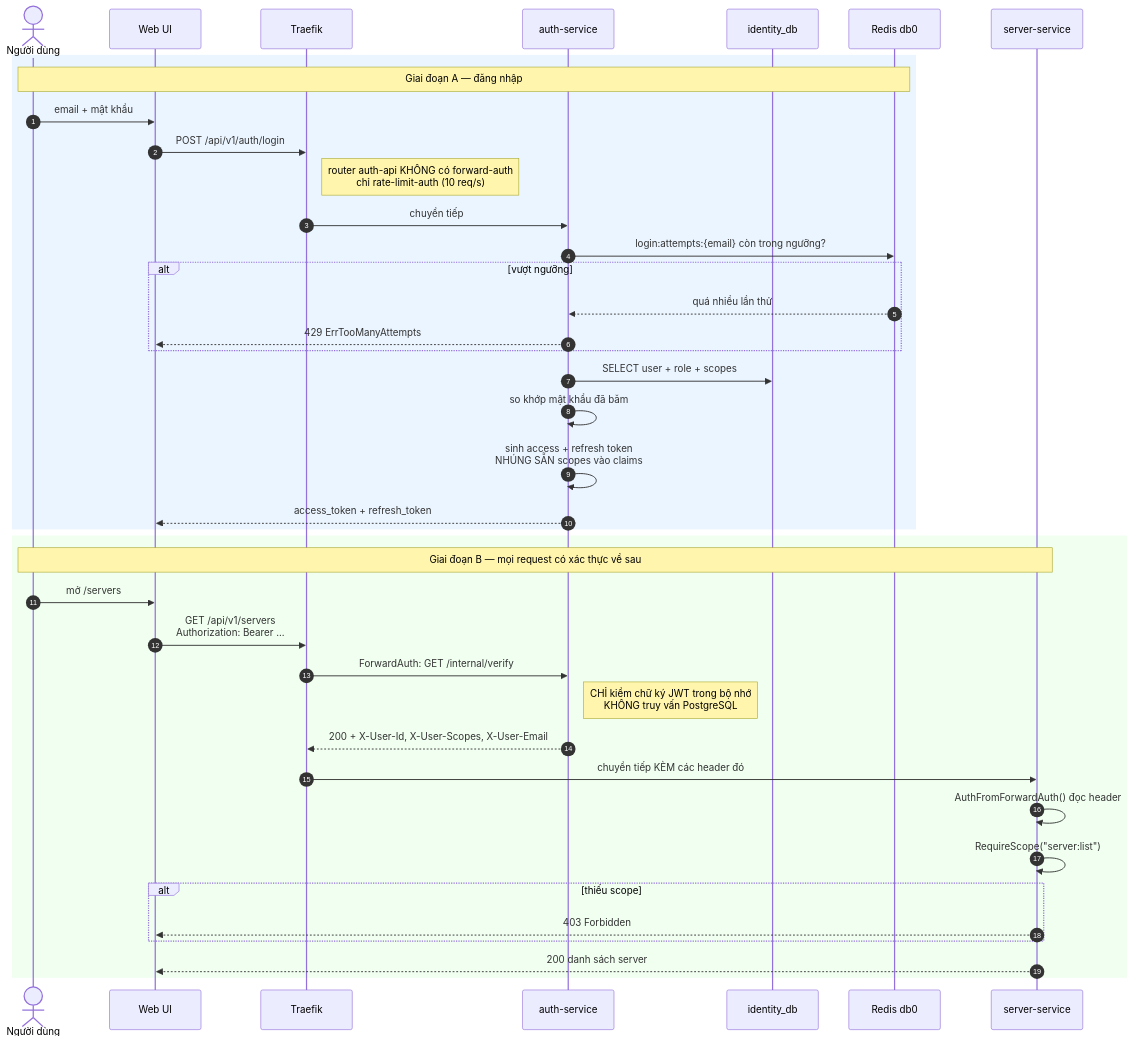
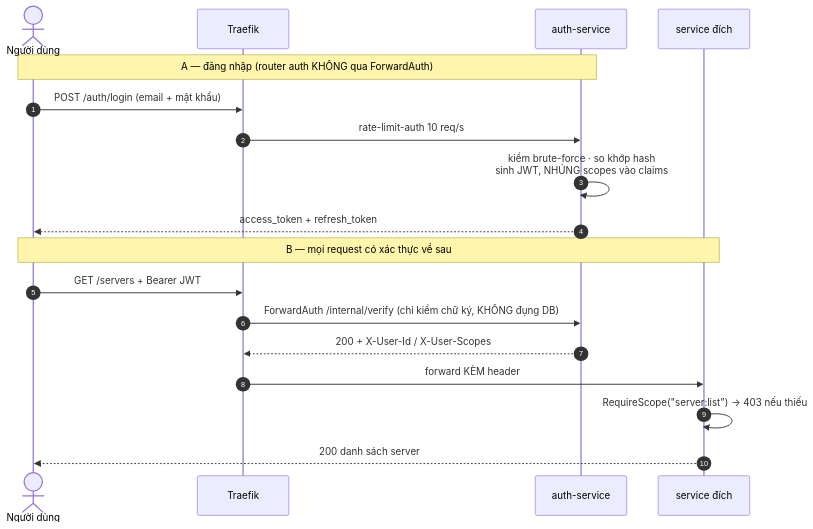
The first of 9 diagrams in .claude/diagrams/sequence-diagrams.md (dwchwang/sms_microservice), drawn with Mermaid before and after one commit. The commit also changed other lines of this file and 4 other files, not shown here.

Commit message:
Refactor sequence diagrams and documentation for clarity and accuracy

````diff
--- a/.claude/diagrams/sequence-diagrams.md
+++ b/.claude/diagrams/sequence-diagrams.md
@@ -20,44 +20,22 @@
 ```mermaid
 sequenceDiagram
     autonumber
     actor U as Người dùng
-    participant W as Web UI
     participant T as Traefik
     participant A as auth-service
-    participant PG as identity_db
-    participant R as Redis db0
-    participant S as server-service
+    participant S as service đích
 
-    rect rgb(235, 245, 255)
-    note over U, R: Giai đoạn A — đăng nhập
-    U->>W: email + mật khẩu
-    W->>T: POST /api/v1/auth/login
-    note right of T: router auth-api KHÔNG có forward-auth<br/>chỉ rate-limit-auth (10 req/s)
-    T->>A: chuyển tiếp
-    A->>R: login:attempts:{email} còn trong ngưỡng?
-    alt vượt ngưỡng
-        R-->>A: quá nhiều lần thử
-        A-->>W: 429 ErrTooManyAttempts
-    end
-    A->>PG: SELECT user + role + scopes
-    A->>A: so khớp mật khẩu đã băm
-    A->>A: sinh access + refresh token<br/>NHÚNG SẴN scopes vào claims
-    A-->>W: access_token + refresh_token
-    end
+    note over U,A: A — đăng nhập (router auth KHÔNG qua ForwardAuth)
+    U->>T: POST /auth/login (email + mật khẩu)
+    T->>A: rate-limit-auth 10 req/s
+    A->>A: kiểm brute-force · so khớp hash<br/>sinh JWT, NHÚNG scopes vào claims
+    A-->>U: access_token + refresh_token
 
-    rect rgb(240, 255, 240)
-    note over U, S: Giai đoạn B — mọi request có xác thực về sau
-    U->>W: mở /servers
-    W->>T: GET /api/v1/servers<br/>Authorization: Bearer ...
-    T->>A: ForwardAuth: GET /internal/verify
-    note right of A: CHỈ kiểm chữ ký JWT trong bộ nhớ<br/>KHÔNG truy vấn PostgreSQL
-    A-->>T: 200 + X-User-Id, X-User-Scopes, X-User-Email
-    T->>S: chuyển tiếp KÈM các header đó
-    S->>S: AuthFromForwardAuth() đọc header
-    S->>S: RequireScope("server:list")
-    alt thiếu scope
-        S-->>W: 403 Forbidden
-    end
-    S-->>W: 200 danh sách server
-    end
+    note over U,S: B — mọi request có xác thực về sau
+    U->>T: GET /servers + Bearer JWT
+    T->>A: ForwardAuth /internal/verify (chỉ kiểm chữ ký, KHÔNG đụng DB)
+    A-->>T: 200 + X-User-Id / X-User-Scopes
+    T->>S: forward KÈM header
+    S->>S: RequireScope("server:list") → 403 nếu thiếu
+    S-->>U: 200 danh sách server
 ```
````
